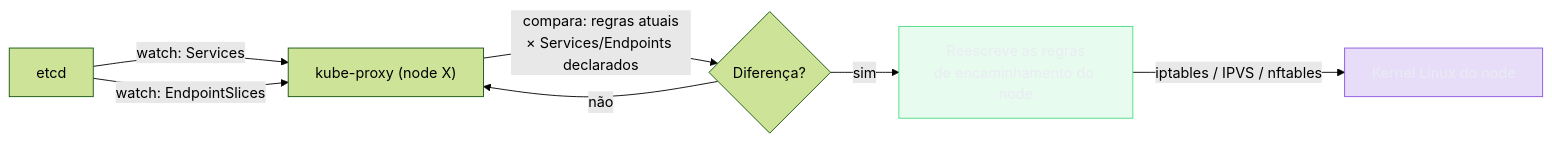
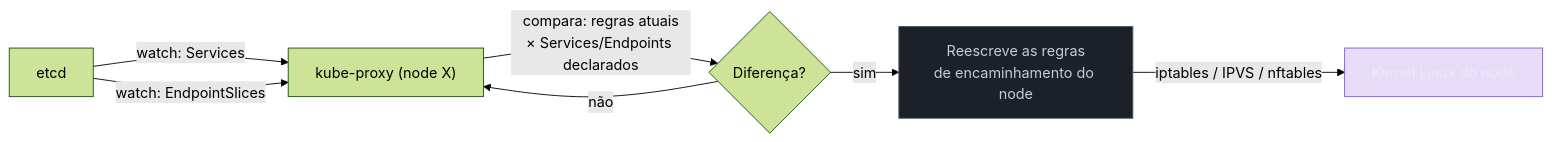
One commit to josenaldo/codex-technomanticus changed the third of 5 diagrams in 03-Dominios/Tecnologia/Infraestrutura/Kubernetes/20 - Rede do cluster por dentro.md. Above: the diagram before and after it, drawn with Mermaid (forest theme). The commit also changed other lines of this file and 601 other files, not shown here.

````diff
--- a/03-Dominios/Tecnologia/Infraestrutura/Kubernetes/20 - Rede do cluster por dentro.md
+++ b/03-Dominios/Tecnologia/Infraestrutura/Kubernetes/20 - Rede do cluster por dentro.md
@@ -129,14 +129,14 @@
 ```mermaid
 graph LR
-    classDef ok fill:#4ADE8021,stroke:#4ADE80,color:#E9ECF2
+    classDef neutro fill:#1B2029,stroke:#4E5666,color:#C6CCD8
     classDef marca fill:#8855DF33,stroke:#8855DF,color:#E9ECF2
     ETCD["etcd"] -->|"watch: Services"| KP["kube-proxy (node X)"]
     ETCD -->|"watch: EndpointSlices"| KP
     KP -->|"compara: regras atuais<br/>× Services/Endpoints declarados"| CMP{"Diferença?"}
     CMP -->|"sim"| ACT["Reescreve as regras<br/>de encaminhamento do node"]
     CMP -->|"não"| KP
     ACT -->|"iptables / IPVS / nftables"| KERNEL["Kernel Linux do node"]
 
-    class ACT ok
+    class ACT neutro
     class KERNEL marca
 ```
````
